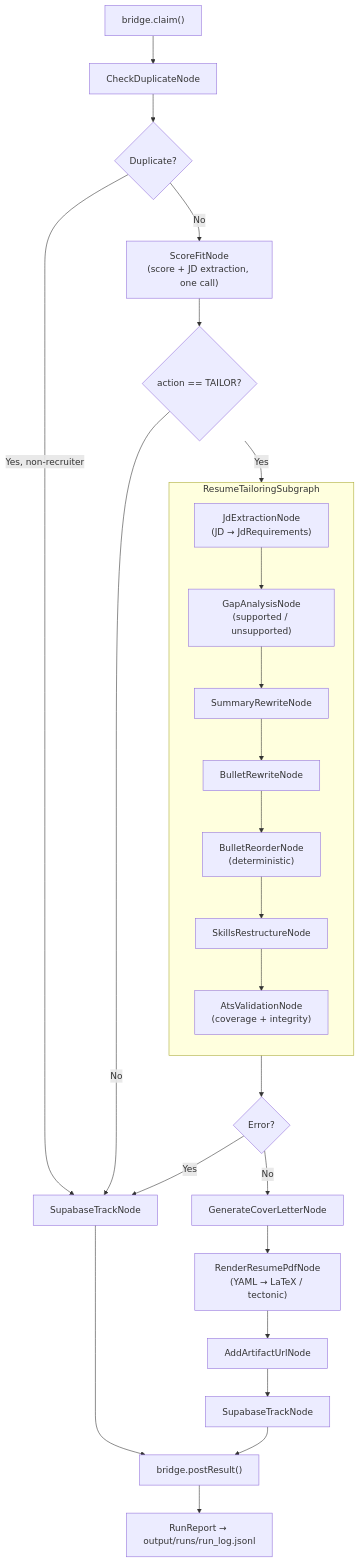
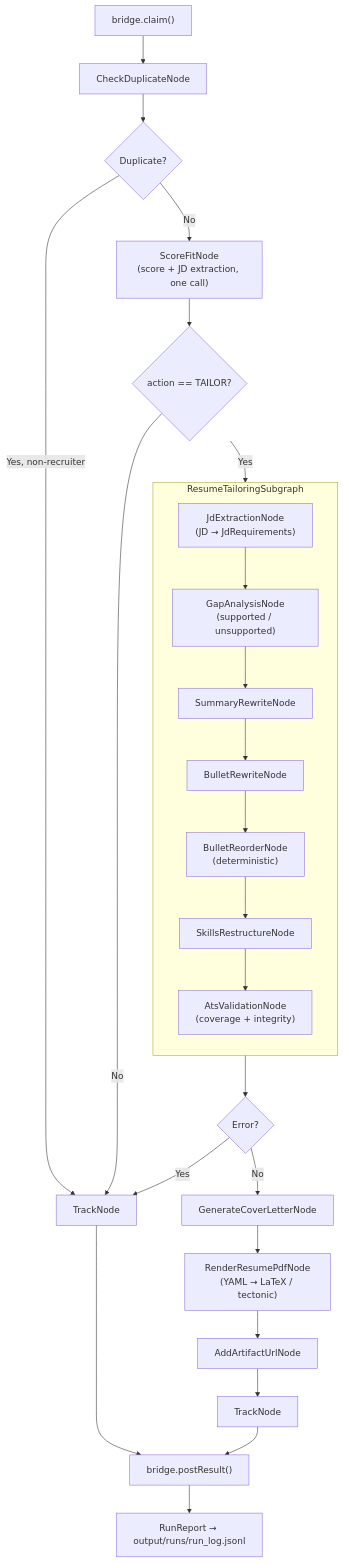
One commit to dkkyai/job-fit-apply-ai changed the second of 2 diagrams in services/job-fit-apply-ai-pipeline/README.md. Above: the diagram before and after it, drawn with Mermaid. The commit also changed other lines of this file and 15 other files, not shown here.

````diff
--- a/services/job-fit-apply-ai-pipeline/README.md
+++ b/services/job-fit-apply-ai-pipeline/README.md
@@ -69,31 +69,31 @@
 ```mermaid
 flowchart TD
     Claim["bridge.claim()"] --> Dup["CheckDuplicateNode"]
     Dup --> DupQ{"Duplicate?"}
-    DupQ -->|Yes, non-recruiter| Track1["SupabaseTrackNode"]
+    DupQ -->|Yes, non-recruiter| Track1["TrackNode"]
     DupQ -->|No| Score["ScoreFitNode\n(score + JD extraction, one call)"]
 
     Score --> ActionQ{"action == TAILOR?"}
     ActionQ -->|No| Track1
     ActionQ -->|Yes| Tailor
 
     subgraph Tailor ["ResumeTailoringSubgraph"]
         direction TB
         T1["JdExtractionNode\n(JD → JdRequirements)"] --> T2["GapAnalysisNode\n(supported / unsupported)"]
         T2 --> T3["SummaryRewriteNode"]
         T3 --> T4["BulletRewriteNode"]
         T4 --> T5["BulletReorderNode\n(deterministic)"]
         T5 --> T6["SkillsRestructureNode"]
         T6 --> T7["AtsValidationNode\n(coverage + integrity)"]
     end
 
     Tailor --> TailorErrQ{"Error?"}
     TailorErrQ -->|Yes| Track1
     TailorErrQ -->|No| Cover["GenerateCoverLetterNode"]
     Cover --> Pdf["RenderResumePdfNode\n(YAML → LaTeX / tectonic)"]
     Pdf --> Artifact["AddArtifactUrlNode"]
-    Artifact --> Track2["SupabaseTrackNode"]
+    Artifact --> Track2["TrackNode"]
     Track1 --> Post["bridge.postResult()"]
     Track2 --> Post
     Post --> Rec["RunReport → output/runs/run_log.jsonl"]
 ```
````
